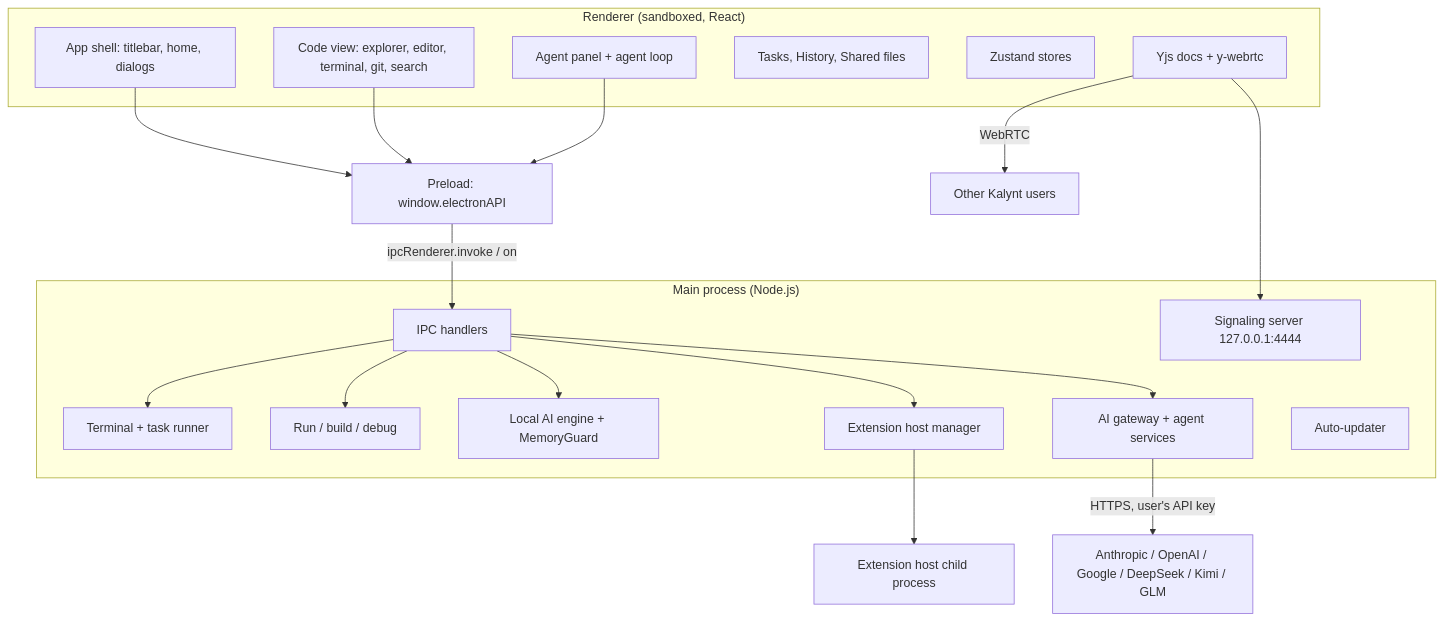
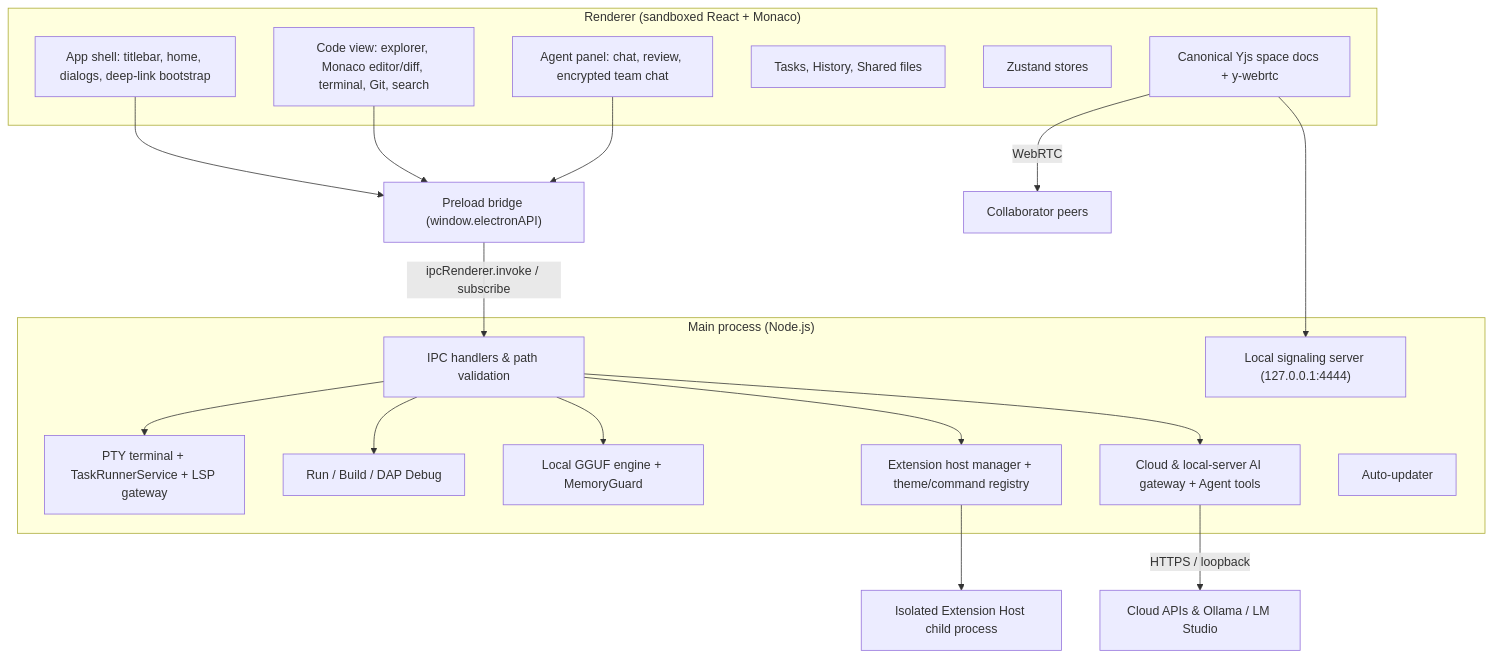
One commit to hermes-lekkas/Kalynt changed the diagram in ARCHITECTURE.md. Above: the diagram before and after it, drawn with Mermaid. The commit also changed other lines of this file and 123 other files, not shown here.

````diff
--- a/ARCHITECTURE.md
+++ b/ARCHITECTURE.md
@@ -17,38 +19,38 @@
 ```mermaid
 graph TD
-    subgraph Renderer["Renderer (sandboxed, React)"]
-        Shell[App shell: titlebar, home, dialogs]
-        IDE[Code view: explorer, editor, terminal, git, search]
-        Agent[Agent panel + agent loop]
+    subgraph Renderer["Renderer (sandboxed React + Monaco)"]
+        Shell[App shell: titlebar, home, dialogs, deep-link bootstrap]
+        IDE[Code view: explorer, Monaco editor/diff, terminal, Git, search]
+        Agent[Agent panel: chat, review, encrypted team chat]
         Views[Tasks, History, Shared files]
         Stores[Zustand stores]
-        Yjs[Yjs docs + y-webrtc]
+        Yjs[Canonical Yjs space docs + y-webrtc]
     end
 
-    Preload[Preload: window.electronAPI]
+    Preload["Preload bridge (window.electronAPI)"]
 
     subgraph Main["Main process (Node.js)"]
-        Handlers[IPC handlers]
-        Term[Terminal + task runner]
-        Exec[Run / build / debug]
-        LLM[Local AI engine + MemoryGuard]
-        AI[AI gateway + agent services]
-        Ext[Extension host manager]
-        Sig[Signaling server 127.0.0.1:4444]
+        Handlers[IPC handlers & path validation]
+        Term[PTY terminal + TaskRunnerService + LSP gateway]
+        Exec[Run / Build / DAP Debug]
+        LLM[Local GGUF engine + MemoryGuard]
+        AI[Cloud & local-server AI gateway + Agent tools]
+        Ext[Extension host manager + theme/command registry]
+        Sig["Local signaling server (127.0.0.1:4444)"]
         Upd[Auto-updater]
     end
 
     Shell --> Preload
     IDE --> Preload
     Agent --> Preload
-    Preload -->|ipcRenderer.invoke / on| Handlers
+    Preload -->|"ipcRenderer.invoke / subscribe"| Handlers
     Handlers --> Term
     Handlers --> Exec
     Handlers --> LLM
     Handlers --> Ext
     Handlers --> AI
-    AI -->|HTTPS, user's API key| Cloud[Anthropic / OpenAI / Google / DeepSeek / Kimi / GLM]
-    Yjs -->|WebRTC| Peers[Other Kalynt users]
+    AI -->|"HTTPS / loopback"| Providers[Cloud APIs & Ollama / LM Studio]
+    Yjs -->|WebRTC| Peers[Collaborator peers]
     Yjs --> Sig
-    Ext --> ExtProc[Extension host child process]
+    Ext --> ExtProc[Isolated Extension Host child process]
 ```
````
